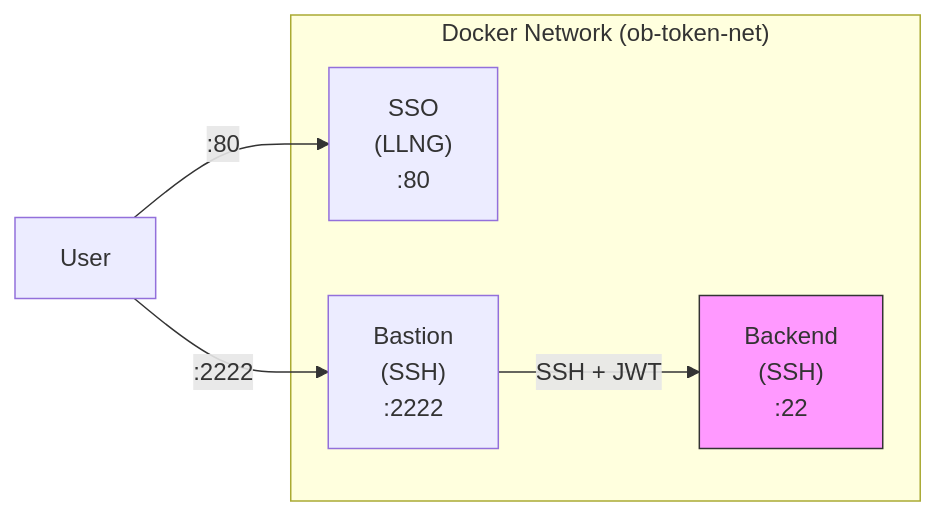
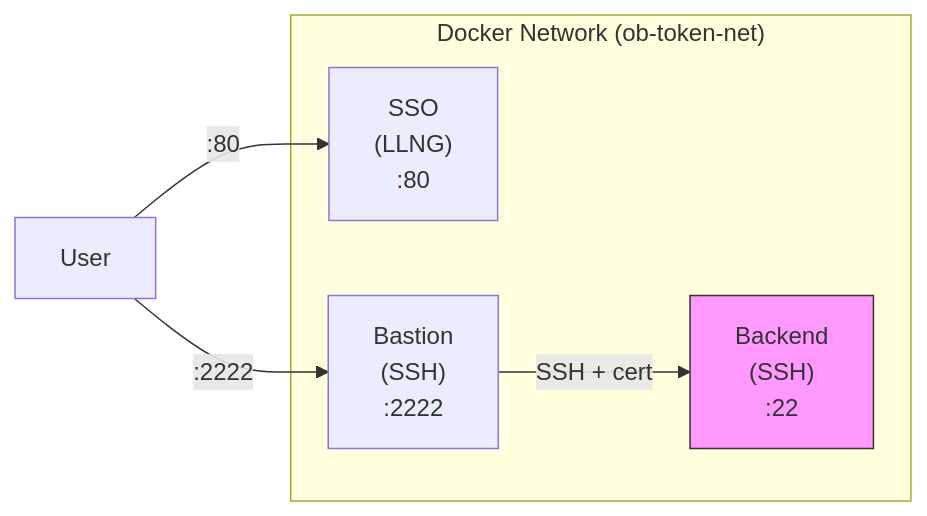
Before and after one commit to linagora/open-bastion: the first of 3 diagrams in docker-demo-token/README.md, drawn with Mermaid. The commit also changed other lines of this file and 12 other files, not shown here.

````diff
--- a/docker-demo-token/README.md
+++ b/docker-demo-token/README.md
@@ -13,14 +13,14 @@
 ```mermaid
 flowchart LR
     subgraph Docker["Docker Network (ob-token-net)"]
         SSO["SSO<br/>(LLNG)<br/>:80"]
         Bastion["Bastion<br/>(SSH)<br/>:2222"]
         Backend["Backend<br/>(SSH)<br/>:22"]
     end
 
     User["User"] -->|:80| SSO
     User -->|:2222| Bastion
-    Bastion -->|SSH + JWT| Backend
+    Bastion -->|SSH + cert| Backend
 
     style Backend fill:#f9f,stroke:#333
 ```
````
